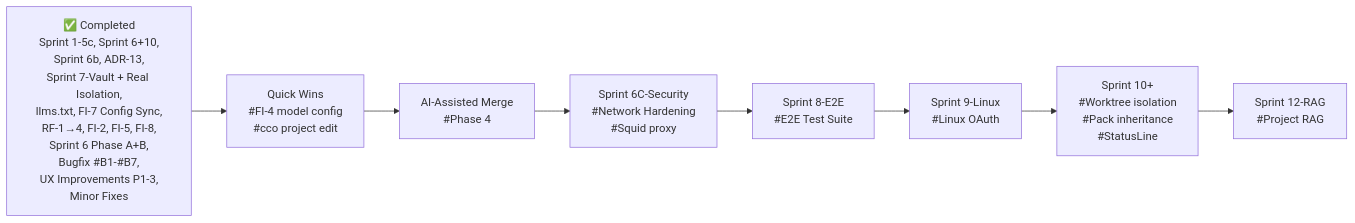
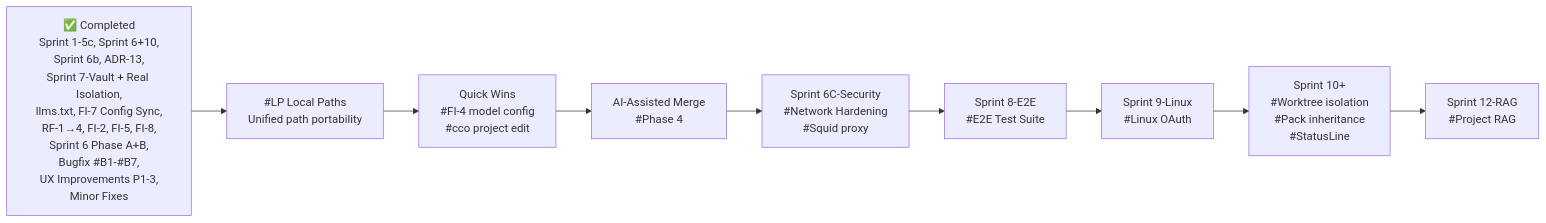
Before and after one commit to alergyonthestage/claude-orchestrator: the diagram in docs/maintainer/decisions/roadmap.md, drawn with Mermaid. The commit also changed other lines of this file and 5 other files, not shown here.

First line of the commit message:
docs: add unified local path resolution design (#LP)

````diff
--- a/docs/maintainer/decisions/roadmap.md
+++ b/docs/maintainer/decisions/roadmap.md
@@ -48,20 +49,22 @@
 ```mermaid
 graph LR
     DONE["✅ Completed<br/>Sprint 1-5c, Sprint 6+10,<br/>Sprint 6b, ADR-13,<br/>Sprint 7-Vault + Real Isolation,<br/>llms.txt, FI-7 Config Sync,<br/>RF-1→4, FI-2, FI-5, FI-8,<br/>Sprint 6 Phase A+B,<br/>Bugfix #B1-#B7,<br/>UX Improvements P1-3,<br/>Minor Fixes"]
 
+    LP["#LP Local Paths<br/>Unified path portability"]
     QW["Quick Wins<br/>#FI-4 model config<br/>#cco project edit"]
     AIM["AI-Assisted Merge<br/>#Phase 4"]
     S6S["Sprint 6C-Security<br/>#Network Hardening<br/>#Squid proxy"]
     S8E["Sprint 8-E2E<br/>#E2E Test Suite"]
     S9L["Sprint 9-Linux<br/>#Linux OAuth"]
     S10["Sprint 10+<br/>#Worktree isolation<br/>#Pack inheritance<br/>#StatusLine"]
     S12R["Sprint 12-RAG<br/>#Project RAG"]
 
-    DONE --> QW
+    DONE --> LP
+    LP --> QW
     QW --> AIM
     AIM --> S6S
     S6S --> S8E
     S8E --> S9L
     S9L --> S10
     S10 --> S12R
 ```
````
